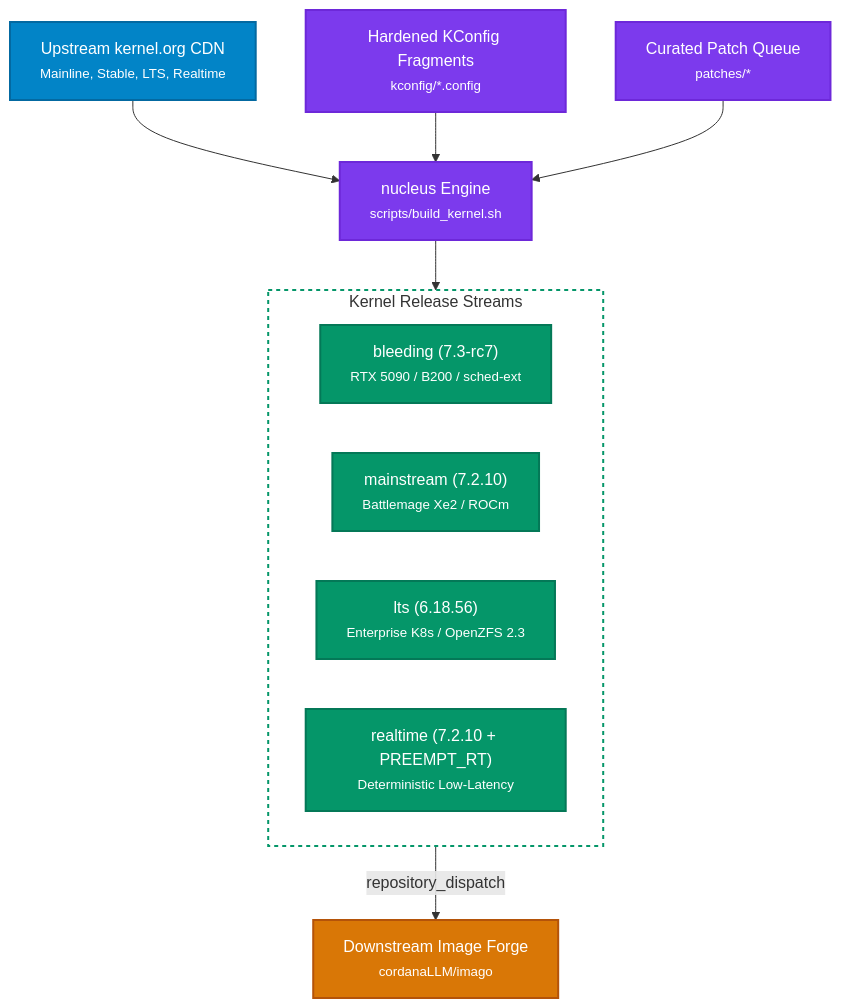
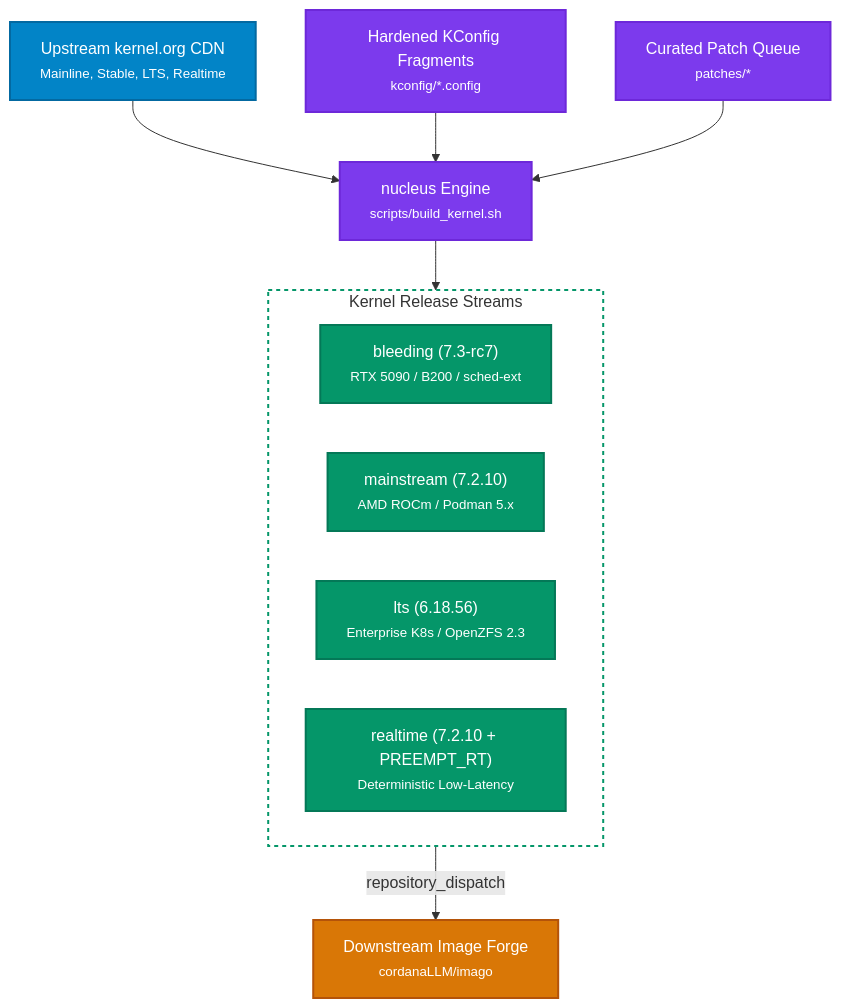
The diagram in README.md (cordanaLLM/nucleus), drawn with Mermaid before and after one commit. The commit also changed other lines of this file and 5 other files, not shown here.

````diff
--- a/README.md
+++ b/README.md
@@ -48,29 +48,29 @@
 ```mermaid
 flowchart TD
     classDef upstream fill:#0284c7,stroke:#0369a1,stroke-width:2px,color:#ffffff
     classDef engine fill:#7c3aed,stroke:#6d28d9,stroke-width:2px,color:#ffffff
     classDef stream fill:#059669,stroke:#047857,stroke-width:2px,color:#ffffff
     classDef dest fill:#d97706,stroke:#b45309,stroke-width:2px,color:#ffffff
 
     Upstream["Upstream kernel.org CDN<br/><small>Mainline, Stable, LTS, Realtime</small>"]:::upstream
     Forge["nucleus Engine<br/><small>scripts/build_kernel.sh</small>"]:::engine
     KConfig["Hardened KConfig Fragments<br/><small>kconfig/*.config</small>"]:::engine
     Patches["Curated Patch Queue<br/><small>patches/*</small>"]:::engine
 
     subgraph Streams["Kernel Release Streams"]
         Bleeding["bleeding (7.3-rc7)<br/><small>RTX 5090 / B200 / sched-ext</small>"]:::stream
-        Mainstream["mainstream (7.2.10)<br/><small>Battlemage Xe2 / ROCm</small>"]:::stream
+        Mainstream["mainstream (7.2.10)<br/><small>AMD ROCm / Podman 5.x</small>"]:::stream
         LTS["lts (6.18.56)<br/><small>Enterprise K8s / OpenZFS 2.3</small>"]:::stream
         RT["realtime (7.2.10 + PREEMPT_RT)<br/><small>Deterministic Low-Latency</small>"]:::stream
     end
 
     Downstream["Downstream Image Forge<br/><small>cordanaLLM/imago</small>"]:::dest
 
     Upstream --> Forge
     KConfig --> Forge
     Patches --> Forge
     Forge --> Streams
     Streams -->|"repository_dispatch"| Downstream
 
     style Streams fill:none,stroke:#059669,stroke-width:2px,stroke-dasharray: 4 4
 ```
````
